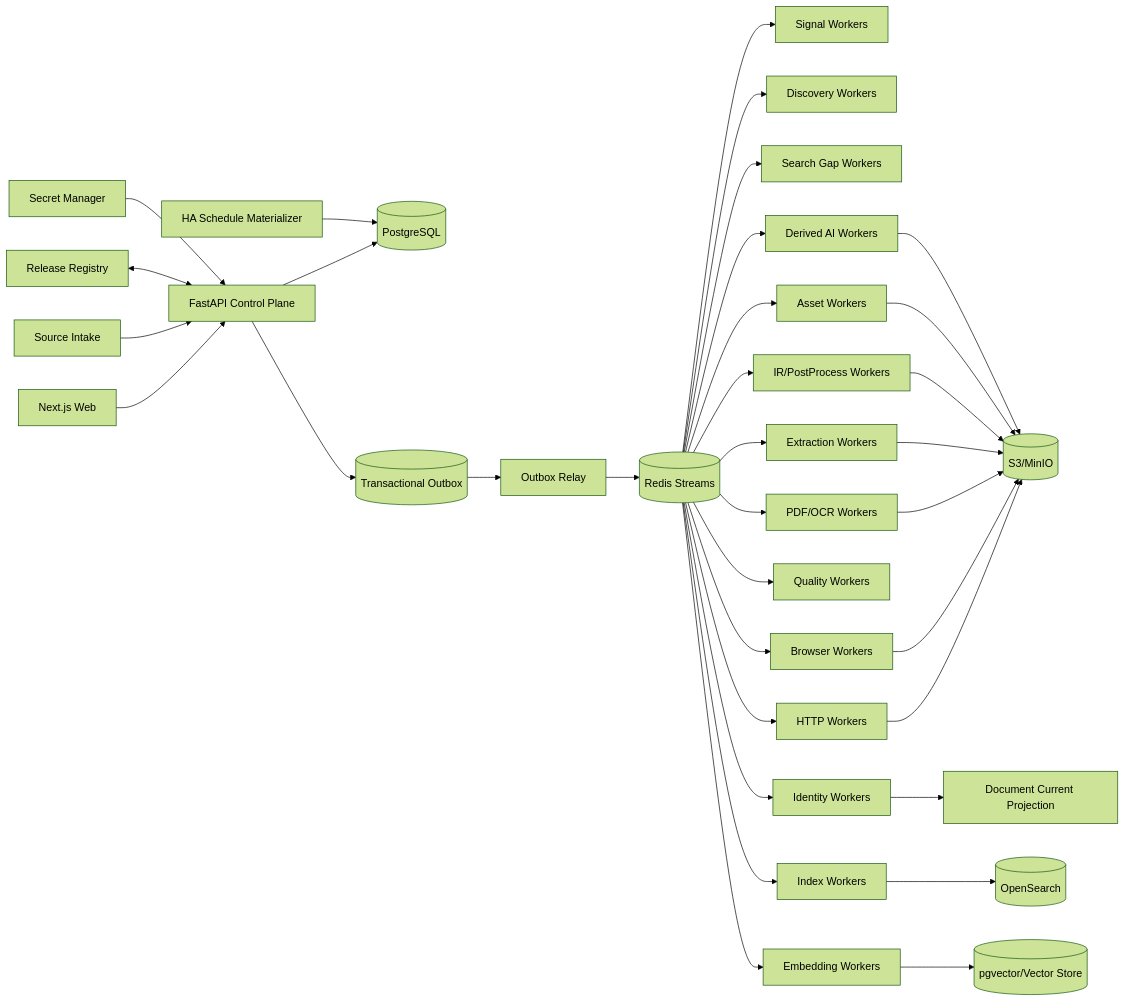
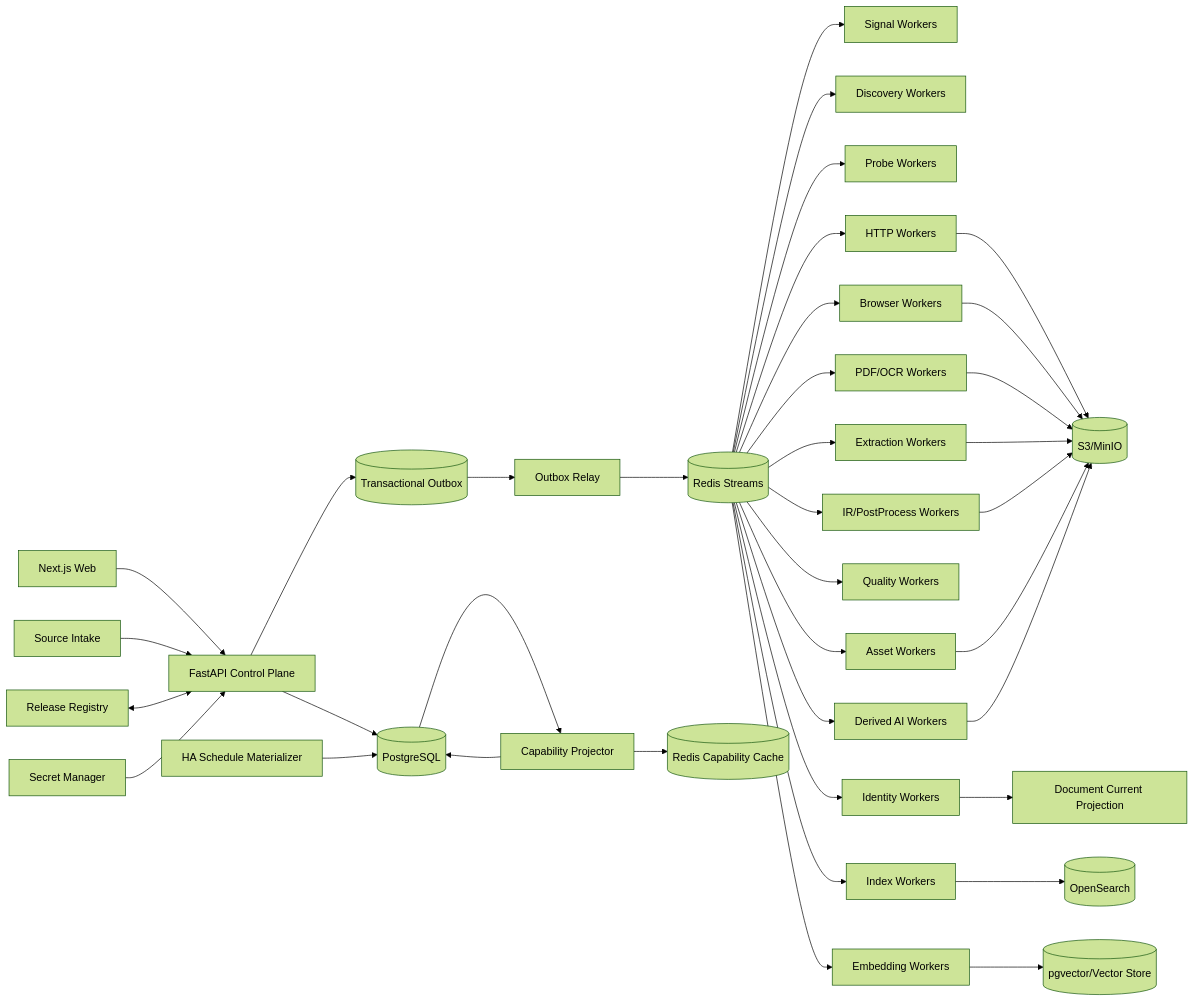
The diagram in 博客知识库技术方案.md (WorkerXu/my-doc), drawn with Mermaid (forest theme) before and after one commit. The commit also changed other lines of this file and 2 other files, not shown here.

````diff
--- a/博客知识库技术方案.md
+++ b/博客知识库技术方案.md
@@ -115,40 +121,44 @@
 ```mermaid
 flowchart LR
     UI[Next.js Web] --> API[FastAPI Control Plane]
     SI[Source Intake] --> API
     API --> PG[(PostgreSQL)]
     API --> OUT[(Transactional Outbox)]
     SCH[HA Schedule Materializer] --> PG
     REG[Release Registry] <--> API
     SEC[Secret Manager] --> API
 
     OUT --> RELAY[Outbox Relay]
     RELAY --> Q[(Redis Streams)]
 
     Q --> SG[Signal Workers]
     Q --> DW[Discovery Workers]
-    Q --> SW[Search Gap Workers]
+    Q --> PW[Probe Workers]
     Q --> HF[HTTP Workers]
     Q --> BW[Browser Workers]
     Q --> PDF[PDF/OCR Workers]
     Q --> EX[Extraction Workers]
     Q --> PP[IR/PostProcess Workers]
     Q --> QV[Quality Workers]
     Q --> ID[Identity Workers]
     Q --> AW[Asset Workers]
     Q --> IX[Index Workers]
     Q --> EW[Embedding Workers]
     Q --> AI[Derived AI Workers]
+
+    CAP[Capability Projector] --> PG
+    PG --> CAP
+    CAP --> RC[(Redis Capability Cache)]
 
     HF --> OBJ[(S3/MinIO)]
     BW --> OBJ
     PDF --> OBJ
     EX --> OBJ
     PP --> OBJ
     AW --> OBJ
     AI --> OBJ
 
     ID --> CUR[Document Current Projection]
     IX --> SEARCH[(OpenSearch)]
     EW --> VEC[(pgvector/Vector Store)]
 ```
````
